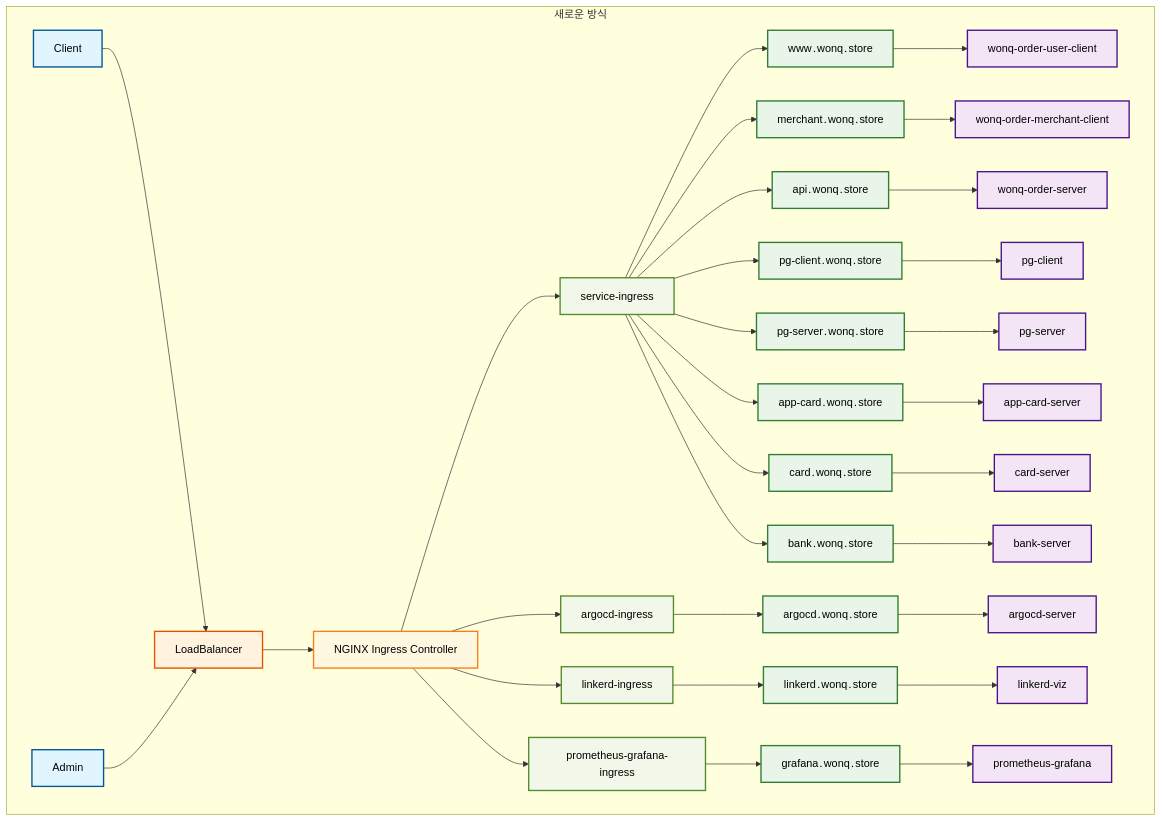
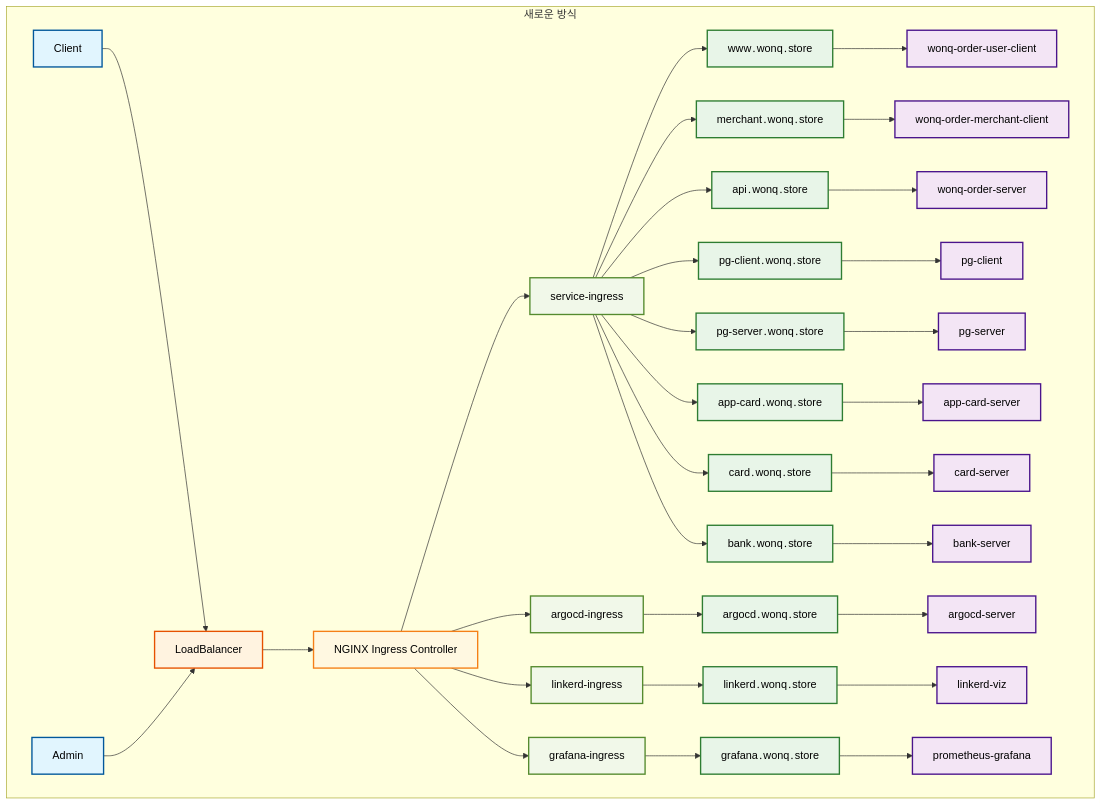
Before and after one commit to namsh1125/wonq-tech-blog: the second of 3 diagrams in blog/2025-05-29/gcp-load-balancer-quota-exceeded-troubleshooting.md, drawn with Mermaid. The commit also changed other lines of this file, not shown here.

Commit message:
Update: 인그레스 리소스 수정

````diff
--- a/blog/2025-05-29/gcp-load-balancer-quota-exceeded-troubleshooting.md
+++ b/blog/2025-05-29/gcp-load-balancer-quota-exceeded-troubleshooting.md
@@ -108,55 +108,55 @@
 ```mermaid
 graph TB
     subgraph "새로운 방식"
         A1[Client] --> L1[LoadBalancer]
         A2[Admin] --> L1
         L1 --> I1[NGINX Ingress Controller]
 
         I1 --> R1[service-ingress]
         I1 --> R2[argocd-ingress]
         I1 --> R3[linkerd-ingress]
-        I1 --> R4[prometheus-grafana-ingress]
+        I1 --> R4[grafana-ingress]
 
         R1 --> D1["www․wonq․store"]
         R1 --> D2["merchant․wonq․store"]
         R1 --> D3["api․wonq․store"]
         R1 --> D4["pg-client․wonq․store"]
         R1 --> D5["pg-server․wonq․store"]
         R1 --> D6["app-card․wonq․store"]
         R1 --> D7["card․wonq․store"]
         R1 --> D8["bank․wonq․store"]
 
         R2 --> D9["argocd․wonq․store"]
         R3 --> D10["linkerd․wonq․store"]
         R4 --> D11["grafana․wonq․store"]
 
         D1 --> S1[wonq-order-user-client]
         D2 --> S2[wonq-order-merchant-client]
         D3 --> S3[wonq-order-server]
         D4 --> S4[pg-client]
         D5 --> S5[pg-server]
         D6 --> S6[app-card-server]
         D7 --> S7[card-server]
         D8 --> S8[bank-server]
         D9 --> M1[argocd-server]
         D10 --> M2[linkerd-viz]
         D11 --> M3[prometheus-grafana]
     end
 
 %% 색상 스타일 정의
     classDef clientStyle fill:#e1f5fe,stroke:#01579b,stroke-width:2px,color:#000
     classDef lbStyle fill:#fff3e0,stroke:#e65100,stroke-width:2px,color:#000
     classDef ingressStyle fill:#fff8e1,stroke:#f57f17,stroke-width:2px,color:#000
     classDef resourceStyle fill:#f1f8e9,stroke:#558b2f,stroke-width:2px,color:#000
     classDef domainStyle fill:#e8f5e8,stroke:#2e7d32,stroke-width:2px,color:#000
     classDef serviceStyle fill:#f3e5f5,stroke:#4a148c,stroke-width:2px,color:#000
 
 %% 클래스 적용
     class A1,A2 clientStyle
     class L1 lbStyle
     class I1 ingressStyle
     class R1,R2,R3,R4 resourceStyle
     class D1,D2,D3,D4,D5,D6,D7,D8,D9,D10,D11 domainStyle
     class S1,S2,S3,S4,S5,S6,S7,S8 serviceStyle
     class M1,M2,M3 serviceStyle
 ```
````
